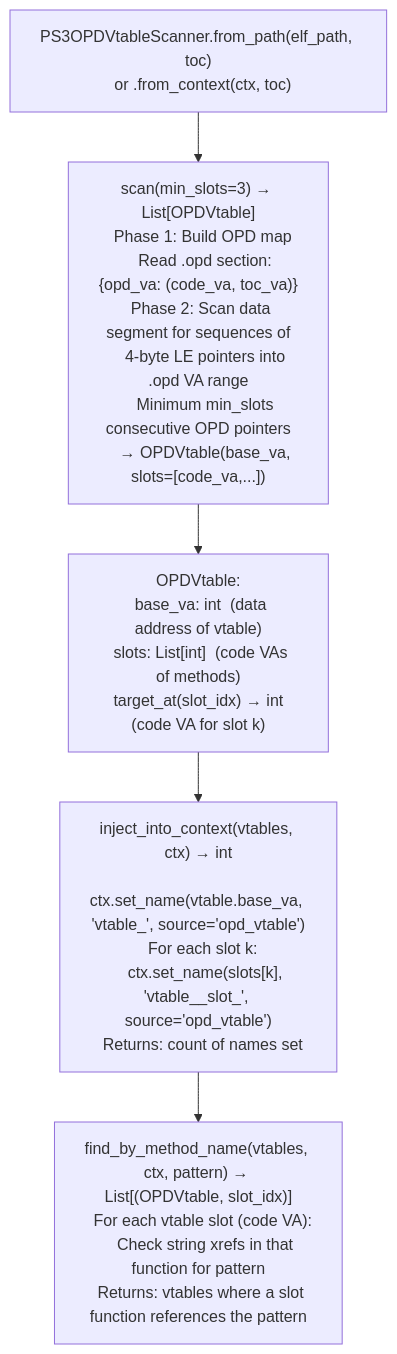
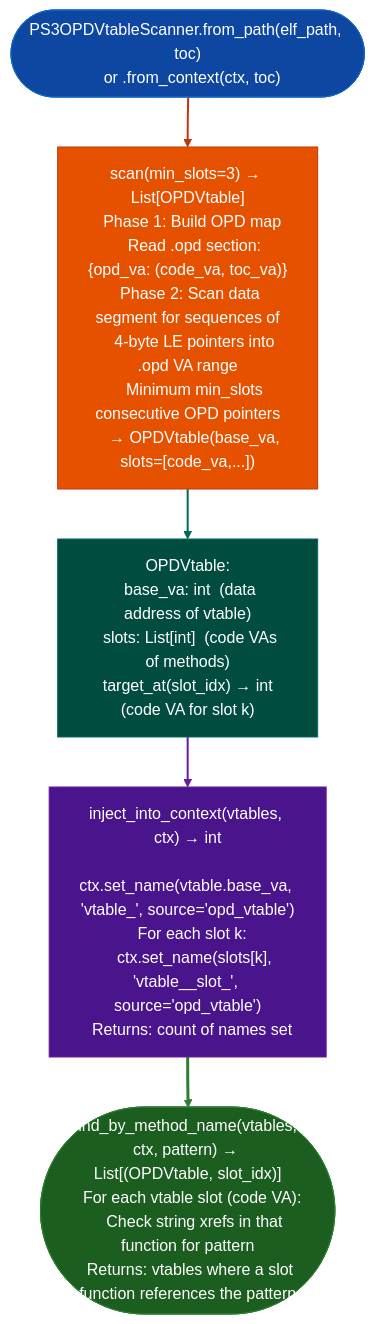
Before and after one commit to Ablation-Tool/ablation: the diagram in docs/reference-modules/ps3-opd-virtual-tables.md, drawn with Mermaid. The commit also changed 320 other files, not shown here.

First line of the commit message:
docs: apply canonical Mermaid template to all 321 diagrams

````diff
--- a/docs/reference-modules/ps3-opd-virtual-tables.md
+++ b/docs/reference-modules/ps3-opd-virtual-tables.md
@@ -19,7 +19,17 @@
 ```mermaid
 flowchart TD
-    A["PS3OPDVtableScanner.from_path(elf_path, toc)\n  or .from_context(ctx, toc)"] --> B["scan(min_slots=3) → List[OPDVtable]\n  Phase 1: Build OPD map\n    Read .opd section: {opd_va: (code_va, toc_va)}\n  Phase 2: Scan data segment for sequences of\n    4-byte LE pointers into .opd VA range\n    Minimum min_slots consecutive OPD pointers\n    → OPDVtable(base_va, slots=[code_va,...])"]
-    B --> C["OPDVtable:\n  base_va: int  (data address of vtable)\n  slots: List[int]  (code VAs of methods)\n  target_at(slot_idx) → int  (code VA for slot k)"]
-    C --> D["inject_into_context(vtables, ctx) → int\n  ctx.set_name(vtable.base_va, 'vtable_<base_va>', source='opd_vtable')\n  For each slot k:\n    ctx.set_name(slots[k], 'vtable_<base_va>_slot_<k>', source='opd_vtable')\n  Returns: count of names set"]
-    D --> E["find_by_method_name(vtables, ctx, pattern) → List[(OPDVtable, slot_idx)]\n  For each vtable slot (code VA):\n    Check string xrefs in that function for pattern\n  Returns: vtables where a slot function references the pattern"]
+    A(["PS3OPDVtableScanner.from_path(elf_path, toc)\n  or .from_context(ctx, toc)"]):::input --> B["scan(min_slots=3) → List[OPDVtable]\n  Phase 1: Build OPD map\n    Read .opd section: {opd_va: (code_va, toc_va)}\n  Phase 2: Scan data segment for sequences of\n    4-byte LE pointers into .opd VA range\n    Minimum min_slots consecutive OPD pointers\n    → OPDVtable(base_va, slots=[code_va,...])"]:::primary
+    B:::primary --> C["OPDVtable:\n  base_va: int  (data address of vtable)\n  slots: List[int]  (code VAs of methods)\n  target_at(slot_idx) → int  (code VA for slot k)"]:::secondary
+    C:::secondary --> D["inject_into_context(vtables, ctx) → int\n  ctx.set_name(vtable.base_va, 'vtable_<base_va>', source='opd_vtable')\n  For each slot k:\n    ctx.set_name(slots[k], 'vtable_<base_va>_slot_<k>', source='opd_vtable')\n  Returns: count of names set"]:::tertiary
+    D:::tertiary --> E(["find_by_method_name(vtables, ctx, pattern) → List[(OPDVtable, slot_idx)]\n  For each vtable slot (code VA):\n    Check string xrefs in that function for pattern\n  Returns: vtables where a slot function references the pattern"]):::output
+    classDef input     fill:#0d47a1,stroke:#1565c0,color:#fff
+    classDef primary   fill:#e65100,stroke:#bf360c,color:#fff
+    classDef secondary fill:#004d40,stroke:#00695c,color:#fff
+    classDef tertiary  fill:#4a148c,stroke:#6a1b9a,color:#fff
+    classDef neutral   fill:#37474f,stroke:#546e7a,color:#fff
+    classDef output    fill:#1b5e20,stroke:#2e7d32,color:#fff
+    linkStyle 0 stroke:#bf360c,stroke-width:2px
+    linkStyle 1 stroke:#00695c,stroke-width:2px
+    linkStyle 2 stroke:#6a1b9a,stroke-width:2px
+    linkStyle 3 stroke:#2e7d32,stroke-width:3px
 ```
````
